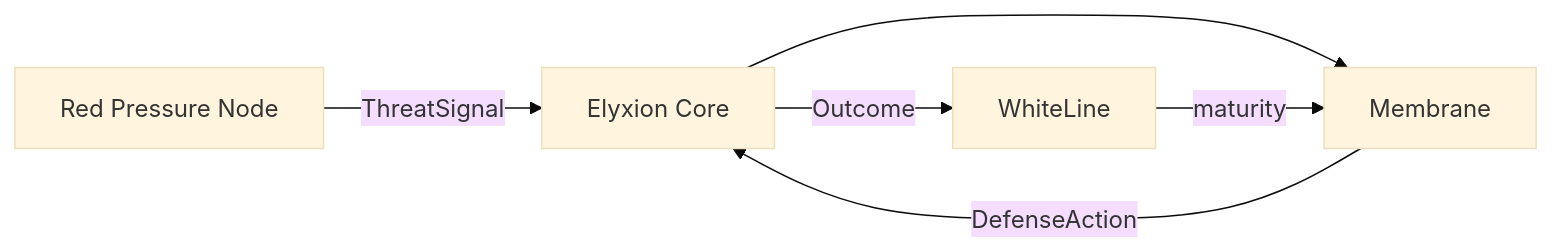
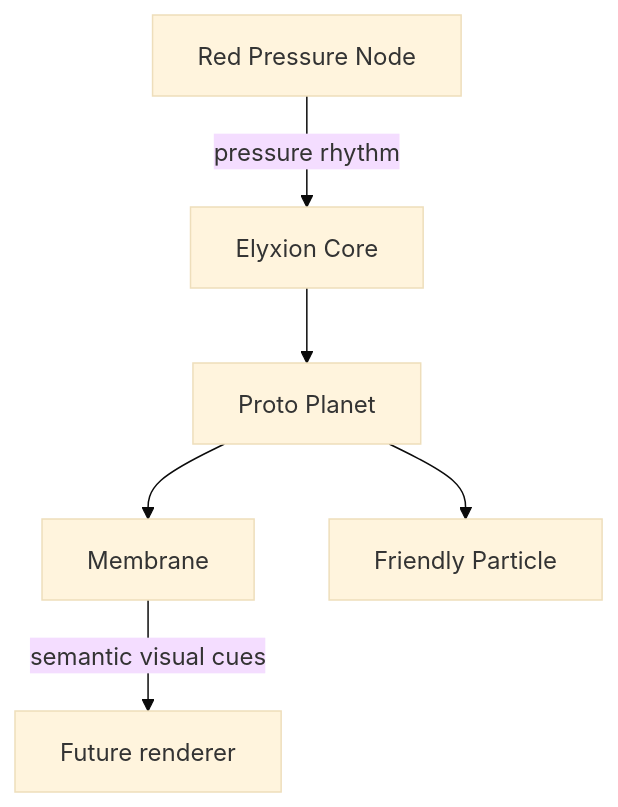
Before and after one commit to Parviz664/Elyxion: the diagram in README.md, drawn with Mermaid (base theme). The commit also changed other lines of this file and 20 other files, not shown here.

````diff
--- a/README.md
+++ b/README.md
@@ -8,8 +10,8 @@
 ```mermaid
-flowchart LR
-    R["Red Pressure Node"] -->|ThreatSignal| C["Elyxion Core"]
-    C --> M["Membrane"]
-    W["WhiteLine"] -->|maturity| M
-    M -->|DefenseAction| C
-    C -->|Outcome| W
+flowchart TD
+    R["Red Pressure Node"] -->|pressure rhythm| C["Elyxion Core"]
+    C --> P["Proto Planet"]
+    P --> M["Membrane"]
+    P --> F["Friendly Particle"]
+    M -->|semantic visual cues| V["Future renderer"]
 ```
````
